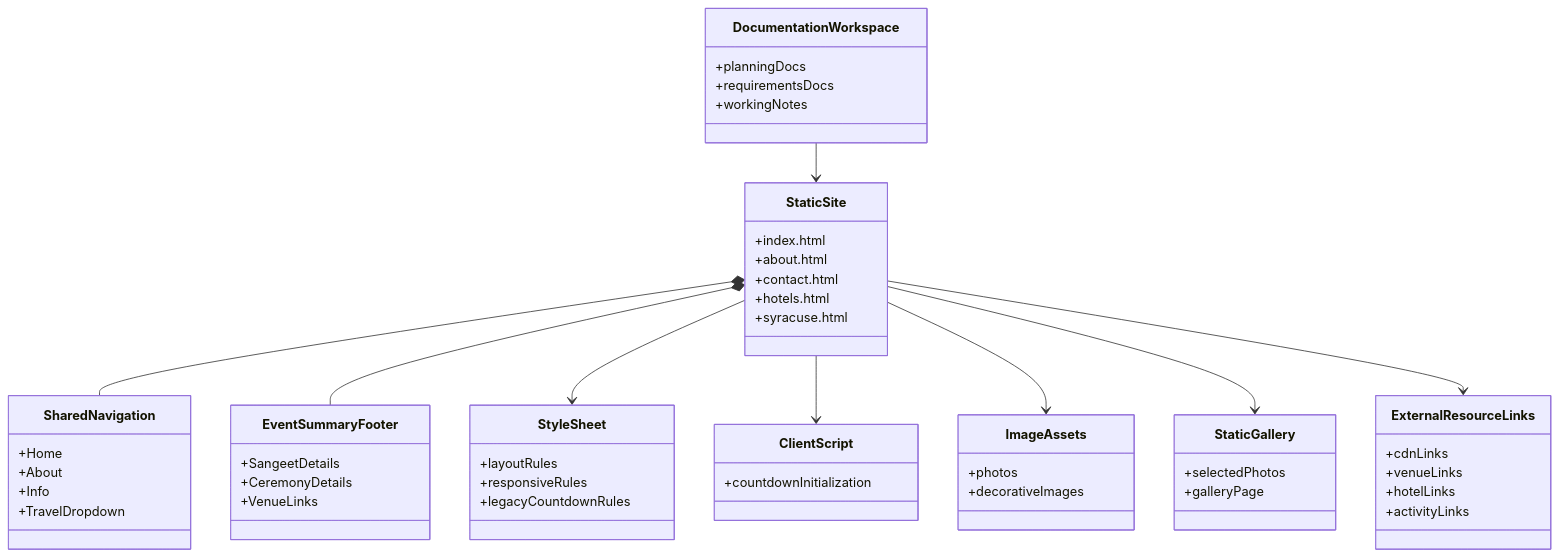
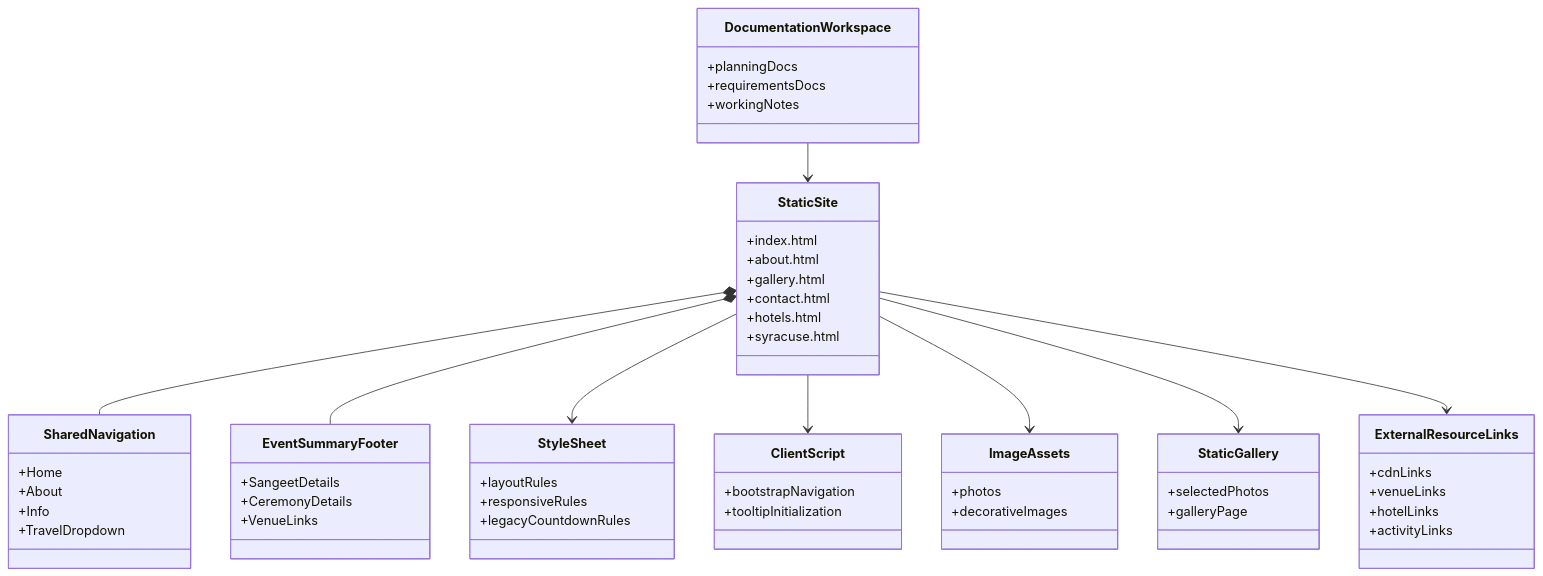
The fourth of 4 diagrams in documentation/requirements/current-state-design.md (skeller01/wedding-website), drawn with Mermaid before and after one commit. The commit also changed other lines of this file and 15 other files, not shown here.

````diff
--- a/documentation/requirements/current-state-design.md
+++ b/documentation/requirements/current-state-design.md
@@ -491,57 +491,59 @@
 ```mermaid
 classDiagram
   class StaticSite {
     +index.html
     +about.html
+    +gallery.html
     +contact.html
     +hotels.html
     +syracuse.html
   }
   class SharedNavigation {
     +Home
     +About
     +Info
     +TravelDropdown
   }
   class EventSummaryFooter {
     +SangeetDetails
     +CeremonyDetails
     +VenueLinks
   }
   class StyleSheet {
     +layoutRules
     +responsiveRules
     +legacyCountdownRules
   }
   class ClientScript {
-    +countdownInitialization
+    +bootstrapNavigation
+    +tooltipInitialization
   }
   class ImageAssets {
     +photos
     +decorativeImages
   }
   class StaticGallery {
     +selectedPhotos
     +galleryPage
   }
   class ExternalResourceLinks {
     +cdnLinks
     +venueLinks
     +hotelLinks
     +activityLinks
   }
   class DocumentationWorkspace {
     +planningDocs
     +requirementsDocs
     +workingNotes
   }
 
   StaticSite *-- SharedNavigation
   StaticSite *-- EventSummaryFooter
   StaticSite --> StyleSheet
   StaticSite --> ClientScript
   StaticSite --> ImageAssets
   StaticSite --> StaticGallery
   StaticSite --> ExternalResourceLinks
   DocumentationWorkspace --> StaticSite
 ```
````
